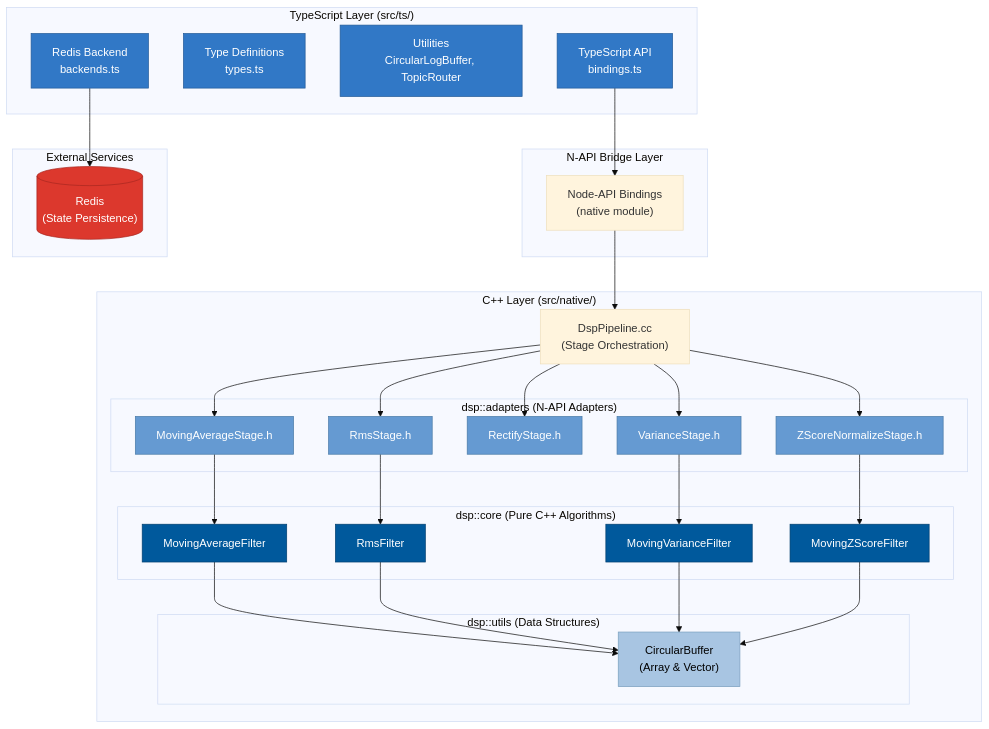
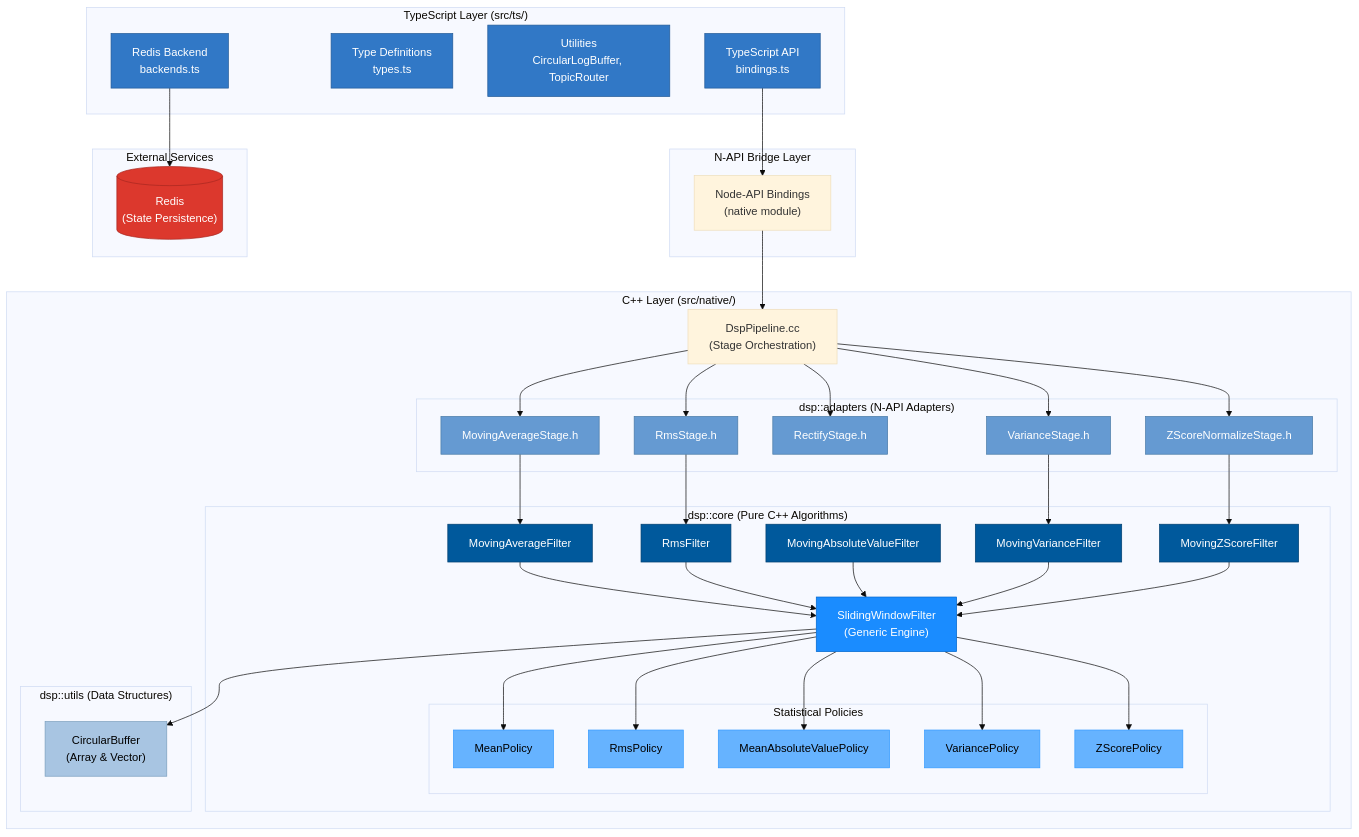
The diagram in README.md (A-KGeorge/dsp_ts_redis), drawn with Mermaid (base theme) before and after one commit. The commit also changed other lines of this file and 17 other files, not shown here.

First line of the commit message:
Implement Mean Absolute Value (MAV) Filter with Sliding Window and Policies

```diff
--- a/README.md
+++ b/README.md
@@ -54,10 +54,20 @@
         PIPELINE["DspPipeline.cc<br/>(Stage Orchestration)"]
 
         subgraph "dsp::core (Pure C++ Algorithms)"
+            CORE_ENGINE["SlidingWindowFilter<br/>(Generic Engine)"]
             CORE_MA["MovingAverageFilter"]
             CORE_RMS["RmsFilter"]
+            CORE_MAV["MovingAbsoluteValueFilter"]
             CORE_VAR["MovingVarianceFilter"]
             CORE_ZSCORE["MovingZScoreFilter"]
+
+            subgraph "Statistical Policies"
+                POLICY_MEAN["MeanPolicy"]
+                POLICY_RMS["RmsPolicy"]
+                POLICY_MAV["MeanAbsoluteValuePolicy"]
+                POLICY_VAR["VariancePolicy"]
+                POLICY_ZSCORE["ZScorePolicy"]
+            end
         end
 
         subgraph "dsp::utils (Data Structures)"
@@ -84,20 +94,33 @@
     ADAPTER_VAR --> CORE_VAR
     ADAPTER_ZSCORE --> CORE_ZSCORE
 
-    CORE_MA --> CIRCULAR
-    CORE_RMS --> CIRCULAR
-    CORE_VAR --> CIRCULAR
-    CORE_ZSCORE --> CIRCULAR
+    CORE_MA --> CORE_ENGINE
+    CORE_RMS --> CORE_ENGINE
+    CORE_MAV --> CORE_ENGINE
+    CORE_VAR --> CORE_ENGINE
+    CORE_ZSCORE --> CORE_ENGINE
+
+    CORE_ENGINE --> POLICY_MEAN
+    CORE_ENGINE --> POLICY_RMS
+    CORE_ENGINE --> POLICY_MAV
+    CORE_ENGINE --> POLICY_VAR
+    CORE_ENGINE --> POLICY_ZSCORE
+
+    CORE_ENGINE --> CIRCULAR
 
     %% Styling
     classDef tsLayer fill:#3178c6,stroke:#235a97,color:#fff
     classDef cppCore fill:#00599c,stroke:#003f6f,color:#fff
+    classDef cppEngine fill:#1a8cff,stroke:#0066cc,color:#fff
+    classDef cppPolicy fill:#66b3ff,stroke:#3399ff,color:#000
     classDef cppAdapter fill:#659ad2,stroke:#4a7ba7,color:#fff
     classDef cppUtils fill:#a8c5e2,stroke:#7a9fbe,color:#000
     classDef external fill:#dc382d,stroke:#a82820,color:#fff
 
     class TS_API,TS_TYPES,TS_UTILS,TS_REDIS tsLayer
-    class CORE_MA,CORE_RMS,CORE_VAR,CORE_ZSCORE cppCore
+    class CORE_MA,CORE_RMS,CORE_MAV,CORE_VAR,CORE_ZSCORE cppCore
+    class CORE_ENGINE cppEngine
+    class POLICY_MEAN,POLICY_RMS,POLICY_MAV,POLICY_VAR,POLICY_ZSCORE cppPolicy
     class ADAPTER_MA,ADAPTER_RMS,ADAPTER_RECT,ADAPTER_VAR,ADAPTER_ZSCORE cppAdapter
     class CIRCULAR cppUtils
     class REDIS_DB external
```
